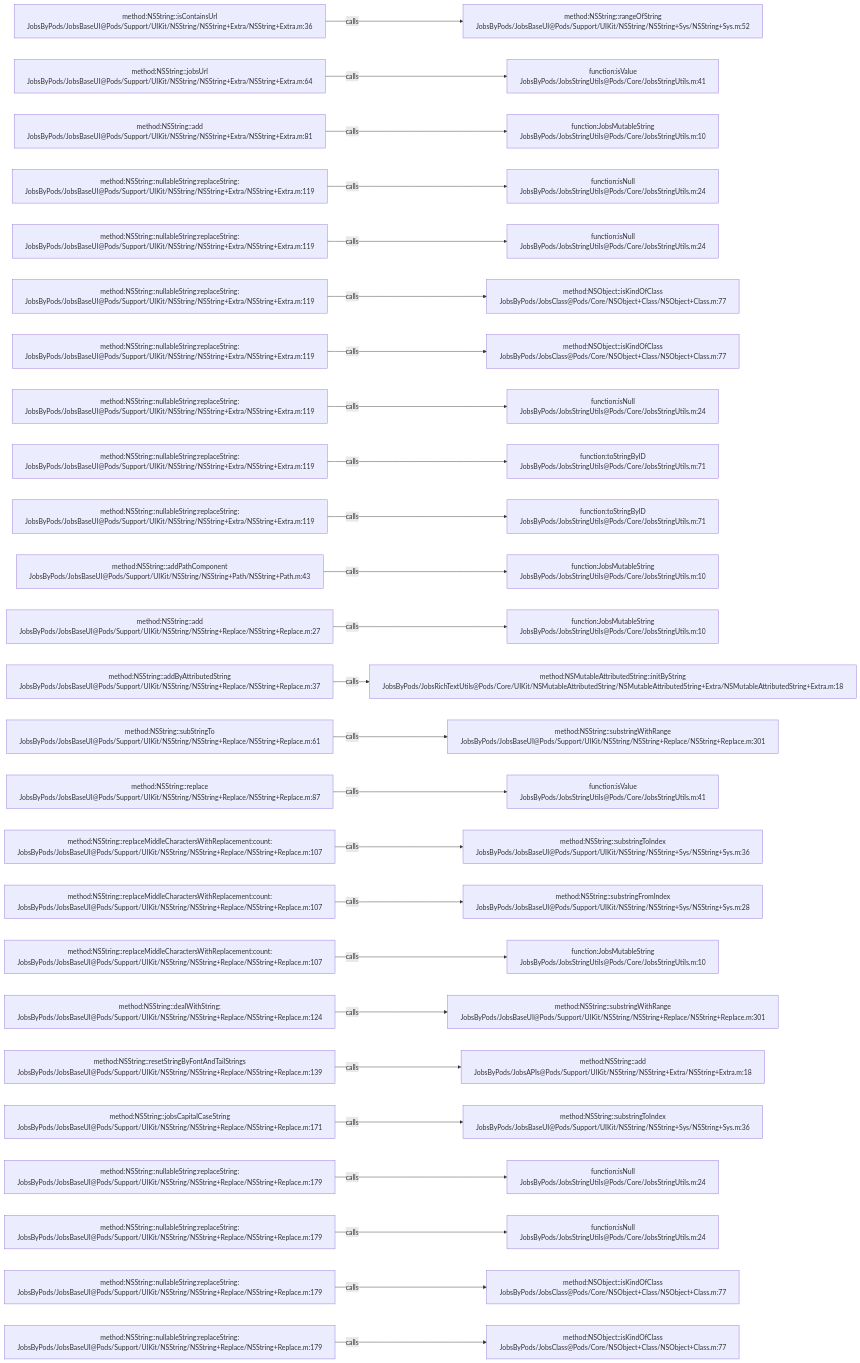
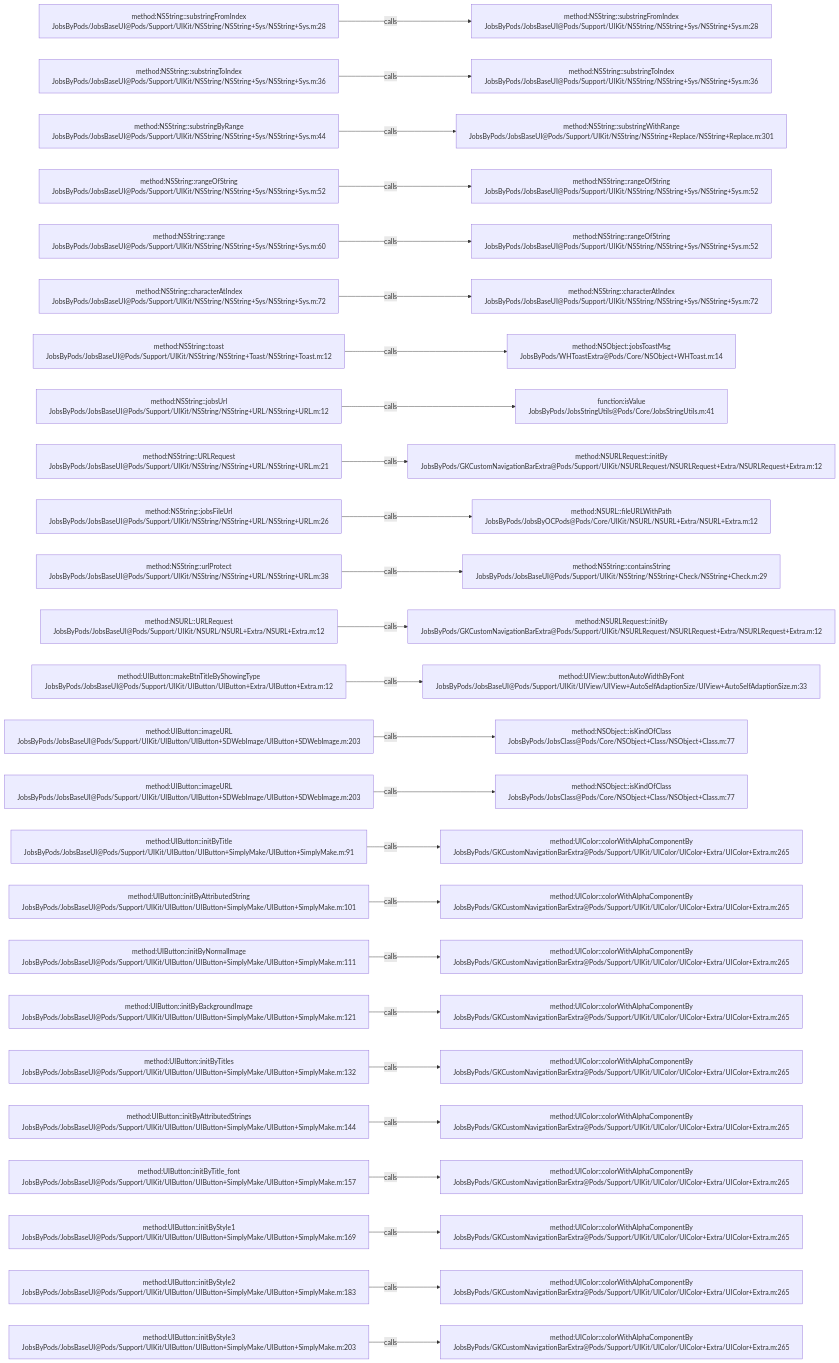
One commit to JobsKits/JobsOCBaseConfigDemo changed the diagram in .codegraph/codegraph.md/graphs/calls-040.md. Above: the diagram before and after it, drawn with Mermaid. The commit also changed 639 other files, not shown here.

````diff
--- a/.codegraph/codegraph.md/graphs/calls-040.md
+++ b/.codegraph/codegraph.md/graphs/calls-040.md
@@ -13,78 +13,78 @@
 ```mermaid
 flowchart LR
-  S1["method:NSString::isContainsUrl<br/>JobsByPods/JobsBaseUI@Pods/Support/UIKit/NSString/NSString+Extra/NSString+Extra.m:36"]
-  T1["method:NSString::rangeOfString<br/>JobsByPods/JobsBaseUI@Pods/Support/UIKit/NSString/NSString+Sys/NSString+Sys.m:52"]
+  S1["method:NSString::substringFromIndex<br/>JobsByPods/JobsBaseUI@Pods/Support/UIKit/NSString/NSString+Sys/NSString+Sys.m:28"]
+  T1["method:NSString::substringFromIndex<br/>JobsByPods/JobsBaseUI@Pods/Support/UIKit/NSString/NSString+Sys/NSString+Sys.m:28"]
   S1 -->|calls| T1
-  S2["method:NSString::jobsUrl<br/>JobsByPods/JobsBaseUI@Pods/Support/UIKit/NSString/NSString+Extra/NSString+Extra.m:64"]
-  T2["function:isValue<br/>JobsByPods/JobsStringUtils@Pods/Core/JobsStringUtils.m:41"]
+  S2["method:NSString::substringToIndex<br/>JobsByPods/JobsBaseUI@Pods/Support/UIKit/NSString/NSString+Sys/NSString+Sys.m:36"]
+  T2["method:NSString::substringToIndex<br/>JobsByPods/JobsBaseUI@Pods/Support/UIKit/NSString/NSString+Sys/NSString+Sys.m:36"]
   S2 -->|calls| T2
-  S3["method:NSString::add<br/>JobsByPods/JobsBaseUI@Pods/Support/UIKit/NSString/NSString+Extra/NSString+Extra.m:81"]
-  T3["function:JobsMutableString<br/>JobsByPods/JobsStringUtils@Pods/Core/JobsStringUtils.m:10"]
+  S3["method:NSString::substringByRange<br/>JobsByPods/JobsBaseUI@Pods/Support/UIKit/NSString/NSString+Sys/NSString+Sys.m:44"]
+  T3["method:NSString::substringWithRange<br/>JobsByPods/JobsBaseUI@Pods/Support/UIKit/NSString/NSString+Replace/NSString+Replace.m:301"]
   S3 -->|calls| T3
-  S4["method:NSString::nullableString:replaceString:<br/>JobsByPods/JobsBaseUI@Pods/Support/UIKit/NSString/NSString+Extra/NSString+Extra.m:119"]
-  T4["function:isNull<br/>JobsByPods/JobsStringUtils@Pods/Core/JobsStringUtils.m:24"]
+  S4["method:NSString::rangeOfString<br/>JobsByPods/JobsBaseUI@Pods/Support/UIKit/NSString/NSString+Sys/NSString+Sys.m:52"]
+  T4["method:NSString::rangeOfString<br/>JobsByPods/JobsBaseUI@Pods/Support/UIKit/NSString/NSString+Sys/NSString+Sys.m:52"]
   S4 -->|calls| T4
-  S5["method:NSString::nullableString:replaceString:<br/>JobsByPods/JobsBaseUI@Pods/Support/UIKit/NSString/NSString+Extra/NSString+Extra.m:119"]
-  T5["function:isNull<br/>JobsByPods/JobsStringUtils@Pods/Core/JobsStringUtils.m:24"]
+  S5["method:NSString::range<br/>JobsByPods/JobsBaseUI@Pods/Support/UIKit/NSString/NSString+Sys/NSString+Sys.m:60"]
+  T5["method:NSString::rangeOfString<br/>JobsByPods/JobsBaseUI@Pods/Support/UIKit/NSString/NSString+Sys/NSString+Sys.m:52"]
   S5 -->|calls| T5
-  S6["method:NSString::nullableString:replaceString:<br/>JobsByPods/JobsBaseUI@Pods/Support/UIKit/NSString/NSString+Extra/NSString+Extra.m:119"]
-  T6["method:NSObject::isKindOfClass<br/>JobsByPods/JobsClass@Pods/Core/NSObject+Class/NSObject+Class.m:77"]
+  S6["method:NSString::characterAtIndex<br/>JobsByPods/JobsBaseUI@Pods/Support/UIKit/NSString/NSString+Sys/NSString+Sys.m:72"]
+  T6["method:NSString::characterAtIndex<br/>JobsByPods/JobsBaseUI@Pods/Support/UIKit/NSString/NSString+Sys/NSString+Sys.m:72"]
   S6 -->|calls| T6
-  S7["method:NSString::nullableString:replaceString:<br/>JobsByPods/JobsBaseUI@Pods/Support/UIKit/NSString/NSString+Extra/NSString+Extra.m:119"]
-  T7["method:NSObject::isKindOfClass<br/>JobsByPods/JobsClass@Pods/Core/NSObject+Class/NSObject+Class.m:77"]
+  S7["method:NSString::toast<br/>JobsByPods/JobsBaseUI@Pods/Support/UIKit/NSString/NSString+Toast/NSString+Toast.m:12"]
+  T7["method:NSObject::jobsToastMsg<br/>JobsByPods/WHToastExtra@Pods/Core/NSObject+WHToast.m:14"]
   S7 -->|calls| T7
-  S8["method:NSString::nullableString:replaceString:<br/>JobsByPods/JobsBaseUI@Pods/Support/UIKit/NSString/NSString+Extra/NSString+Extra.m:119"]
-  T8["function:isNull<br/>JobsByPods/JobsStringUtils@Pods/Core/JobsStringUtils.m:24"]
+  S8["method:NSString::jobsUrl<br/>JobsByPods/JobsBaseUI@Pods/Support/UIKit/NSString/NSString+URL/NSString+URL.m:12"]
+  T8["function:isValue<br/>JobsByPods/JobsStringUtils@Pods/Core/JobsStringUtils.m:41"]
   S8 -->|calls| T8
-  S9["method:NSString::nullableString:replaceString:<br/>JobsByPods/JobsBaseUI@Pods/Support/UIKit/NSString/NSString+Extra/NSString+Extra.m:119"]
-  T9["function:toStringByID<br/>JobsByPods/JobsStringUtils@Pods/Core/JobsStringUtils.m:71"]
+  S9["method:NSString::URLRequest<br/>JobsByPods/JobsBaseUI@Pods/Support/UIKit/NSString/NSString+URL/NSString+URL.m:21"]
+  T9["method:NSURLRequest::initBy<br/>JobsByPods/GKCustomNavigationBarExtra@Pods/Support/UIKit/NSURLRequest/NSURLRequest+Extra/NSURLRequest+Extra.m:12"]
   S9 -->|calls| T9
-  S10["method:NSString::nullableString:replaceString:<br/>JobsByPods/JobsBaseUI@Pods/Support/UIKit/NSString/NSString+Extra/NSString+Extra.m:119"]
-  T10["function:toStringByID<br/>JobsByPods/JobsStringUtils@Pods/Core/JobsStringUtils.m:71"]
+  S10["method:NSString::jobsFileUrl<br/>JobsByPods/JobsBaseUI@Pods/Support/UIKit/NSString/NSString+URL/NSString+URL.m:26"]
+  T10["method:NSURL::fileURLWithPath<br/>JobsByPods/JobsByOCPods@Pods/Core/UIKit/NSURL/NSURL+Extra/NSURL+Extra.m:12"]
   S10 -->|calls| T10
-  S11["method:NSString::addPathComponent<br/>JobsByPods/JobsBaseUI@Pods/Support/UIKit/NSString/NSString+Path/NSString+Path.m:43"]
-  T11["function:JobsMutableString<br/>JobsByPods/JobsStringUtils@Pods/Core/JobsStringUtils.m:10"]
+  S11["method:NSString::urlProtect<br/>JobsByPods/JobsBaseUI@Pods/Support/UIKit/NSString/NSString+URL/NSString+URL.m:38"]
+  T11["method:NSString::containsString<br/>JobsByPods/JobsBaseUI@Pods/Support/UIKit/NSString/NSString+Check/NSString+Check.m:29"]
   S11 -->|calls| T11
-  S12["method:NSString::add<br/>JobsByPods/JobsBaseUI@Pods/Support/UIKit/NSString/NSString+Replace/NSString+Replace.m:27"]
-  T12["function:JobsMutableString<br/>JobsByPods/JobsStringUtils@Pods/Core/JobsStringUtils.m:10"]
+  S12["method:NSURL::URLRequest<br/>JobsByPods/JobsBaseUI@Pods/Support/UIKit/NSURL/NSURL+Extra/NSURL+Extra.m:12"]
+  T12["method:NSURLRequest::initBy<br/>JobsByPods/GKCustomNavigationBarExtra@Pods/Support/UIKit/NSURLRequest/NSURLRequest+Extra/NSURLRequest+Extra.m:12"]
   S12 -->|calls| T12
-  S13["method:NSString::addByAttributedString<br/>JobsByPods/JobsBaseUI@Pods/Support/UIKit/NSString/NSString+Replace/NSString+Replace.m:37"]
-  T13["method:NSMutableAttributedString::initByString<br/>JobsByPods/JobsRichTextUtils@Pods/Core/UIKit/NSMutableAttributedString/NSMutableAttributedString+Extra/NSMutableAttributedString+Extra.m:18"]
+  S13["method:UIButton::makeBtnTitleByShowingType<br/>JobsByPods/JobsBaseUI@Pods/Support/UIKit/UIButton/UIButton+Extra/UIButton+Extra.m:12"]
+  T13["method:UIView::buttonAutoWidthByFont<br/>JobsByPods/JobsBaseUI@Pods/Support/UIKit/UIView/UIView+AutoSelfAdaptionSize/UIView+AutoSelfAdaptionSize.m:33"]
   S13 -->|calls| T13
-  S14["method:NSString::subStringTo<br/>JobsByPods/JobsBaseUI@Pods/Support/UIKit/NSString/NSString+Replace/NSString+Replace.m:61"]
-  T14["method:NSString::substringWithRange<br/>JobsByPods/JobsBaseUI@Pods/Support/UIKit/NSString/NSString+Replace/NSString+Replace.m:301"]
+  S14["method:UIButton::imageURL<br/>JobsByPods/JobsBaseUI@Pods/Support/UIKit/UIButton/UIButton+SDWebImage/UIButton+SDWebImage.m:203"]
+  T14["method:NSObject::isKindOfClass<br/>JobsByPods/JobsClass@Pods/Core/NSObject+Class/NSObject+Class.m:77"]
   S14 -->|calls| T14
-  S15["method:NSString::replace<br/>JobsByPods/JobsBaseUI@Pods/Support/UIKit/NSString/NSString+Replace/NSString+Replace.m:87"]
-  T15["function:isValue<br/>JobsByPods/JobsStringUtils@Pods/Core/JobsStringUtils.m:41"]
+  S15["method:UIButton::imageURL<br/>JobsByPods/JobsBaseUI@Pods/Support/UIKit/UIButton/UIButton+SDWebImage/UIButton+SDWebImage.m:203"]
+  T15["method:NSObject::isKindOfClass<br/>JobsByPods/JobsClass@Pods/Core/NSObject+Class/NSObject+Class.m:77"]
   S15 -->|calls| T15
-  S16["method:NSString::replaceMiddleCharactersWithReplacement:count:<br/>JobsByPods/JobsBaseUI@Pods/Support/UIKit/NSString/NSString+Replace/NSString+Replace.m:107"]
-  T16["method:NSString::substringToIndex<br/>JobsByPods/JobsBaseUI@Pods/Support/UIKit/NSString/NSString+Sys/NSString+Sys.m:36"]
+  S16["method:UIButton::initByTitle<br/>JobsByPods/JobsBaseUI@Pods/Support/UIKit/UIButton/UIButton+SimplyMake/UIButton+SimplyMake.m:91"]
+  T16["method:UIColor::colorWithAlphaComponentBy<br/>JobsByPods/GKCustomNavigationBarExtra@Pods/Support/UIKit/UIColor/UIColor+Extra/UIColor+Extra.m:265"]
   S16 -->|calls| T16
-  S17["method:NSString::replaceMiddleCharactersWithReplacement:count:<br/>JobsByPods/JobsBaseUI@Pods/Support/UIKit/NSString/NSString+Replace/NSString+Replace.m:107"]
-  T17["method:NSString::substringFromIndex<br/>JobsByPods/JobsBaseUI@Pods/Support/UIKit/NSString/NSString+Sys/NSString+Sys.m:28"]
+  S17["method:UIButton::initByAttributedString<br/>JobsByPods/JobsBaseUI@Pods/Support/UIKit/UIButton/UIButton+SimplyMake/UIButton+SimplyMake.m:101"]
+  T17["method:UIColor::colorWithAlphaComponentBy<br/>JobsByPods/GKCustomNavigationBarExtra@Pods/Support/UIKit/UIColor/UIColor+Extra/UIColor+Extra.m:265"]
   S17 -->|calls| T17
-  S18["method:NSString::replaceMiddleCharactersWithReplacement:count:<br/>JobsByPods/JobsBaseUI@Pods/Support/UIKit/NSString/NSString+Replace/NSString+Replace.m:107"]
-  T18["function:JobsMutableString<br/>JobsByPods/JobsStringUtils@Pods/Core/JobsStringUtils.m:10"]
+  S18["method:UIButton::initByNormalImage<br/>JobsByPods/JobsBaseUI@Pods/Support/UIKit/UIButton/UIButton+SimplyMake/UIButton+SimplyMake.m:111"]
+  T18["method:UIColor::colorWithAlphaComponentBy<br/>JobsByPods/GKCustomNavigationBarExtra@Pods/Support/UIKit/UIColor/UIColor+Extra/UIColor+Extra.m:265"]
   S18 -->|calls| T18
-  S19["method:NSString::dealWithString:<br/>JobsByPods/JobsBaseUI@Pods/Support/UIKit/NSString/NSString+Replace/NSString+Replace.m:124"]
-  T19["method:NSString::substringWithRange<br/>JobsByPods/JobsBaseUI@Pods/Support/UIKit/NSString/NSString+Replace/NSString+Replace.m:301"]
+  S19["method:UIButton::initByBackgroundImage<br/>JobsByPods/JobsBaseUI@Pods/Support/UIKit/UIButton/UIButton+SimplyMake/UIButton+SimplyMake.m:121"]
+  T19["method:UIColor::colorWithAlphaComponentBy<br/>JobsByPods/GKCustomNavigationBarExtra@Pods/Support/UIKit/UIColor/UIColor+Extra/UIColor+Extra.m:265"]
   S19 -->|calls| T19
-  S20["method:NSString::resetStringByFontAndTailStrings<br/>JobsByPods/JobsBaseUI@Pods/Support/UIKit/NSString/NSString+Replace/NSString+Replace.m:139"]
-  T20["method:NSString::add<br/>JobsByPods/JobsAPIs@Pods/Support/UIKit/NSString/NSString+Extra/NSString+Extra.m:18"]
+  S20["method:UIButton::initByTitles<br/>JobsByPods/JobsBaseUI@Pods/Support/UIKit/UIButton/UIButton+SimplyMake/UIButton+SimplyMake.m:132"]
+  T20["method:UIColor::colorWithAlphaComponentBy<br/>JobsByPods/GKCustomNavigationBarExtra@Pods/Support/UIKit/UIColor/UIColor+Extra/UIColor+Extra.m:265"]
   S20 -->|calls| T20
-  S21["method:NSString::jobsCapitalCaseString<br/>JobsByPods/JobsBaseUI@Pods/Support/UIKit/NSString/NSString+Replace/NSString+Replace.m:171"]
-  T21["method:NSString::substringToIndex<br/>JobsByPods/JobsBaseUI@Pods/Support/UIKit/NSString/NSString+Sys/NSString+Sys.m:36"]
+  S21["method:UIButton::initByAttributedStrings<br/>JobsByPods/JobsBaseUI@Pods/Support/UIKit/UIButton/UIButton+SimplyMake/UIButton+SimplyMake.m:144"]
+  T21["method:UIColor::colorWithAlphaComponentBy<br/>JobsByPods/GKCustomNavigationBarExtra@Pods/Support/UIKit/UIColor/UIColor+Extra/UIColor+Extra.m:265"]
   S21 -->|calls| T21
-  S22["method:NSString::nullableString:replaceString:<br/>JobsByPods/JobsBaseUI@Pods/Support/UIKit/NSString/NSString+Replace/NSString+Replace.m:179"]
-  T22["function:isNull<br/>JobsByPods/JobsStringUtils@Pods/Core/JobsStringUtils.m:24"]
+  S22["method:UIButton::initByTitle_font<br/>JobsByPods/JobsBaseUI@Pods/Support/UIKit/UIButton/UIButton+SimplyMake/UIButton+SimplyMake.m:157"]
+  T22["method:UIColor::colorWithAlphaComponentBy<br/>JobsByPods/GKCustomNavigationBarExtra@Pods/Support/UIKit/UIColor/UIColor+Extra/UIColor+Extra.m:265"]
   S22 -->|calls| T22
-  S23["method:NSString::nullableString:replaceString:<br/>JobsByPods/JobsBaseUI@Pods/Support/UIKit/NSString/NSString+Replace/NSString+Replace.m:179"]
-  T23["function:isNull<br/>JobsByPods/JobsStringUtils@Pods/Core/JobsStringUtils.m:24"]
+  S23["method:UIButton::initByStyle1<br/>JobsByPods/JobsBaseUI@Pods/Support/UIKit/UIButton/UIButton+SimplyMake/UIButton+SimplyMake.m:169"]
+  T23["method:UIColor::colorWithAlphaComponentBy<br/>JobsByPods/GKCustomNavigationBarExtra@Pods/Support/UIKit/UIColor/UIColor+Extra/UIColor+Extra.m:265"]
   S23 -->|calls| T23
-  S24["method:NSString::nullableString:replaceString:<br/>JobsByPods/JobsBaseUI@Pods/Support/UIKit/NSString/NSString+Replace/NSString+Replace.m:179"]
-  T24["method:NSObject::isKindOfClass<br/>JobsByPods/JobsClass@Pods/Core/NSObject+Class/NSObject+Class.m:77"]
+  S24["method:UIButton::initByStyle2<br/>JobsByPods/JobsBaseUI@Pods/Support/UIKit/UIButton/UIButton+SimplyMake/UIButton+SimplyMake.m:183"]
+  T24["method:UIColor::colorWithAlphaComponentBy<br/>JobsByPods/GKCustomNavigationBarExtra@Pods/Support/UIKit/UIColor/UIColor+Extra/UIColor+Extra.m:265"]
   S24 -->|calls| T24
-  S25["method:NSString::nullableString:replaceString:<br/>JobsByPods/JobsBaseUI@Pods/Support/UIKit/NSString/NSString+Replace/NSString+Replace.m:179"]
-  T25["method:NSObject::isKindOfClass<br/>JobsByPods/JobsClass@Pods/Core/NSObject+Class/NSObject+Class.m:77"]
+  S25["method:UIButton::initByStyle3<br/>JobsByPods/JobsBaseUI@Pods/Support/UIKit/UIButton/UIButton+SimplyMake/UIButton+SimplyMake.m:203"]
+  T25["method:UIColor::colorWithAlphaComponentBy<br/>JobsByPods/GKCustomNavigationBarExtra@Pods/Support/UIKit/UIColor/UIColor+Extra/UIColor+Extra.m:265"]
   S25 -->|calls| T25
 ```
````
